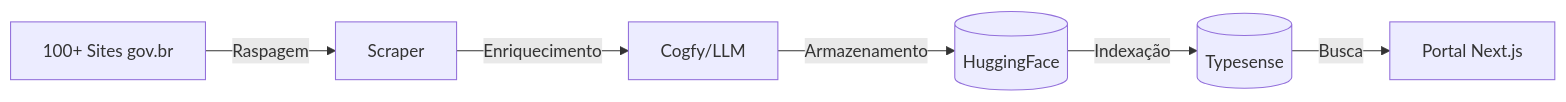
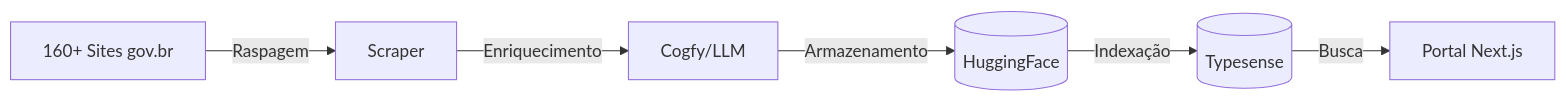
One commit to destaquesgovbr/docs changed the diagram in README.md. Above: the diagram before and after it, drawn with Mermaid. The commit also changed other lines of this file and 1 other file, not shown here.

````diff
--- a/README.md
+++ b/README.md
@@ -27,8 +27,8 @@
 ```mermaid
 flowchart LR
-    A[100+ Sites gov.br] -->|Raspagem| B[Scraper]
+    A[160+ Sites gov.br] -->|Raspagem| B[Scraper]
     B -->|Enriquecimento| C[Cogfy/LLM]
     C -->|Armazenamento| D[(HuggingFace)]
     D -->|Indexação| E[(Typesense)]
     E -->|Busca| F[Portal Next.js]
 ```
````
